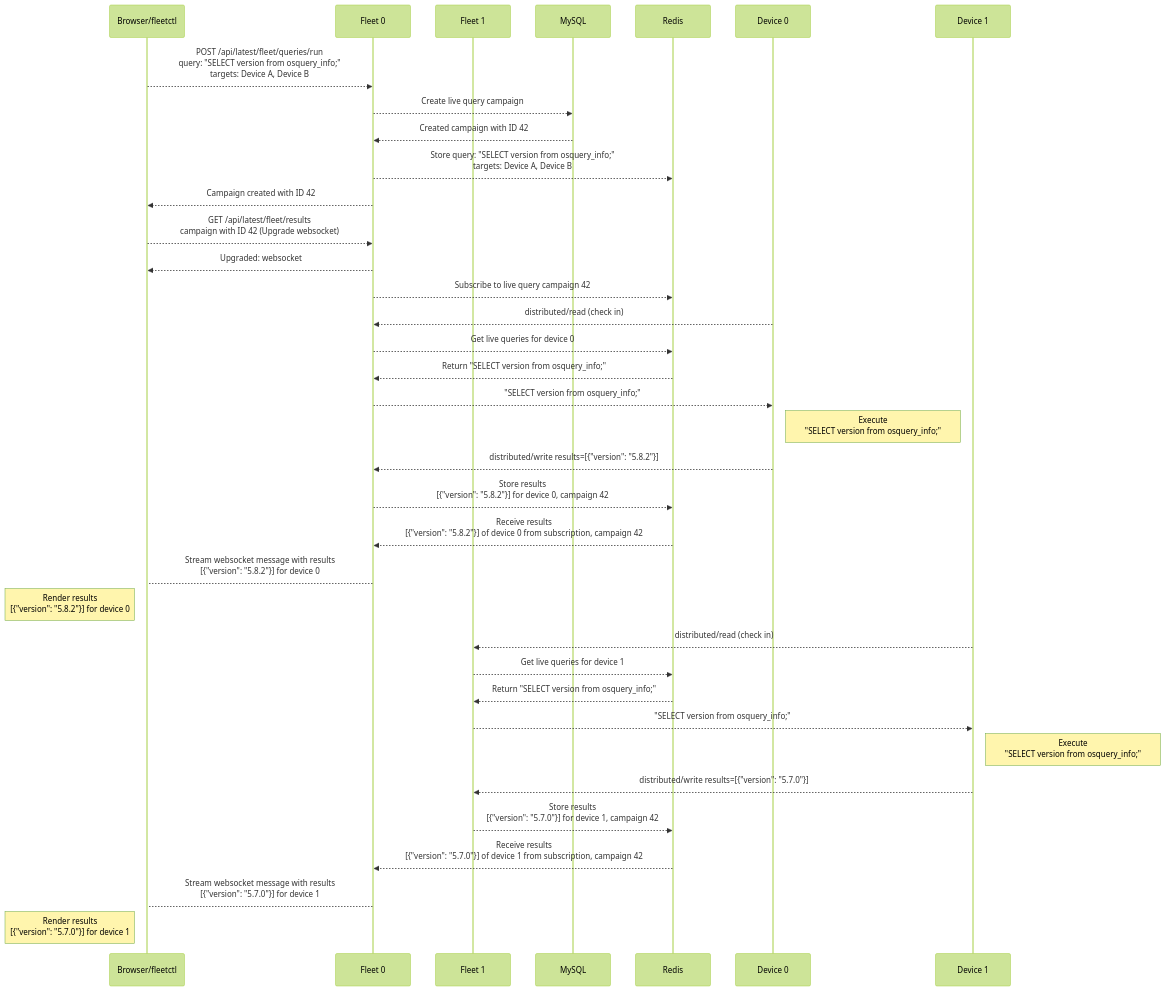
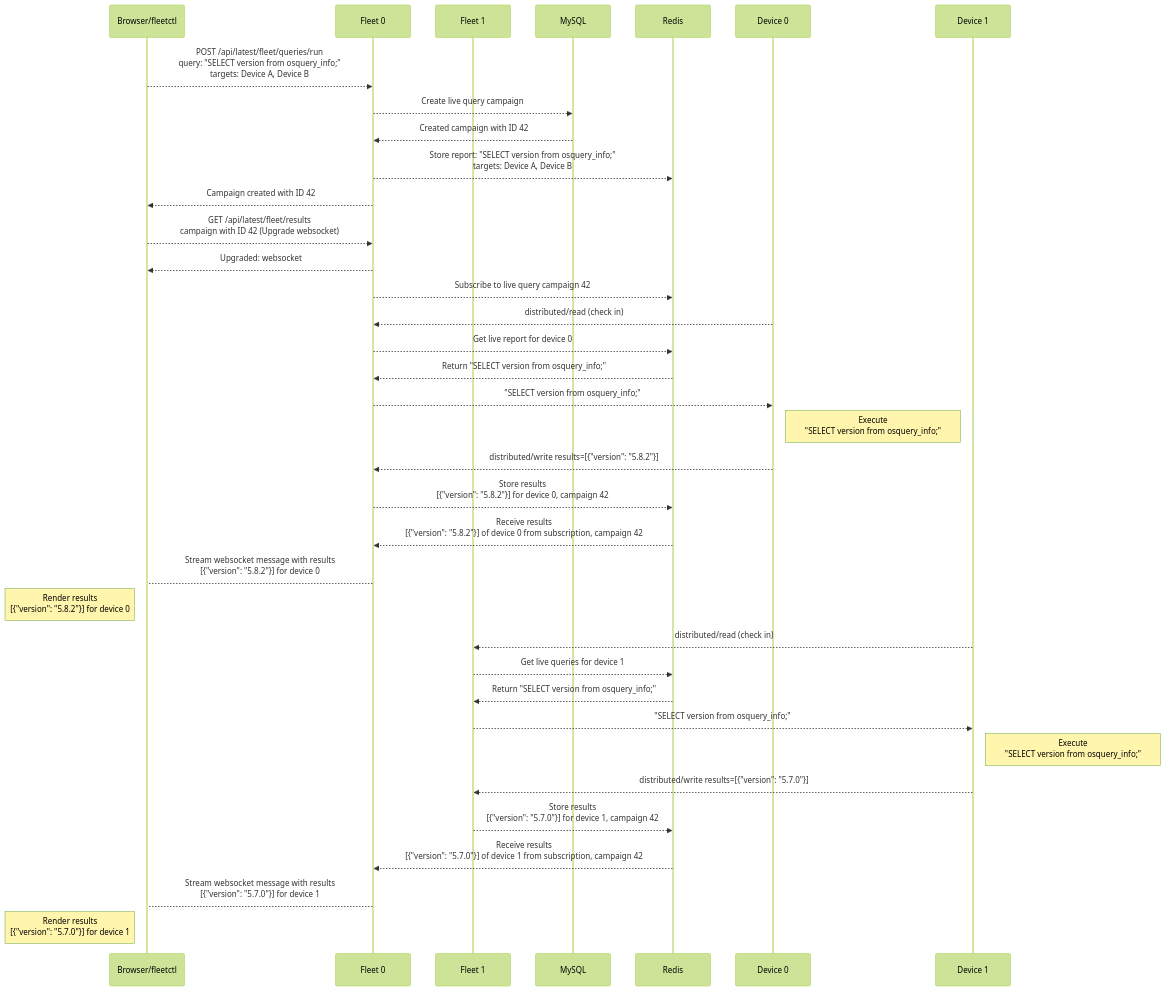
One commit to fleetdm/fleet changed the diagram in docs/Contributing/guides/troubleshooting-live-queries.md. Above: the diagram before and after it, drawn with Mermaid (forest theme). The commit also changed other lines of this file and 66 other files, not shown here.

````diff
--- a/docs/Contributing/guides/troubleshooting-live-queries.md
+++ b/docs/Contributing/guides/troubleshooting-live-queries.md
@@ -7,49 +7,49 @@
 ```mermaid
 
 sequenceDiagram
     participant browser as Browser/fleetctl;
     participant fleet as Fleet 0;
     participant fleet2 as Fleet 1;
     participant mysql as MySQL;
     participant redis as Redis;
     participant device0 as Device 0;
     participant device1 as Device 1;
 
     # Start live query campaign (stage 1)
     browser-->>fleet: POST /api/latest/fleet/queries/run<br>query: "SELECT version from osquery_info#59;"<br>targets: Device A, Device B;
     fleet-->>mysql: Create live query campaign;
     mysql-->>fleet: Created campaign with ID 42;
-    fleet-->>redis: Store query: "SELECT version from osquery_info#59;"<br>targets: Device A, Device B;
+    fleet-->>redis: Store report: "SELECT version from osquery_info#59;"<br>targets: Device A, Device B;
     fleet-->>browser: Campaign created with ID 42;
 
     # Subscribe for live query campaign (stage 2)
     browser-->>fleet: GET /api/latest/fleet/results<br>campaign with ID 42 (Upgrade websocket);
     fleet-->>browser: Upgraded: websocket;
     fleet-->>redis: Subscribe to live query campaign 42;
 
     # Device0 checks in, run query and send results back (stage 3)
     device0-->>fleet: distributed/read (check in);
-    fleet-->>redis: Get live queries for device 0;
+    fleet-->>redis: Get live report for device 0;
     redis-->>fleet: Return "SELECT version from osquery_info#59;";
     fleet-->>device0: "SELECT version from osquery_info#59;";
     note right of device0: Execute<br>"SELECT version from osquery_info#59;";
     device0-->>fleet: distributed/write results=[{"version": "5.8.2"}];
     fleet-->>redis: Store results<br>[{"version": "5.8.2"}] for device 0, campaign 42;
 
     redis-->>fleet: Receive results<br>[{"version": "5.8.2"}] of device 0 from subscription, campaign 42;
     fleet-->browser: Stream websocket message with results<br>[{"version": "5.8.2"}] for device 0;
     note left of browser: Render results<br>[{"version": "5.8.2"}] for device 0;
     
     # Device1 checks in, run query and send results back (stage 3)
     device1-->>fleet2: distributed/read (check in);
     fleet2-->>redis: Get live queries for device 1;
     redis-->>fleet2: Return "SELECT version from osquery_info#59;";
     fleet2-->>device1: "SELECT version from osquery_info#59;";
     note right of device1: Execute<br>"SELECT version from osquery_info#59;";
     device1-->>fleet2: distributed/write results=[{"version": "5.7.0"}];
     fleet2-->>redis: Store results<br>[{"version": "5.7.0"}] for device 1, campaign 42;
     
     redis-->>fleet: Receive results<br>[{"version": "5.7.0"}] of device 1 from subscription, campaign 42;
     fleet-->browser: Stream websocket message with results<br>[{"version": "5.7.0"}] for device 1;
     note left of browser: Render results<br>[{"version": "5.7.0"}] for device 1;
 ```
````
